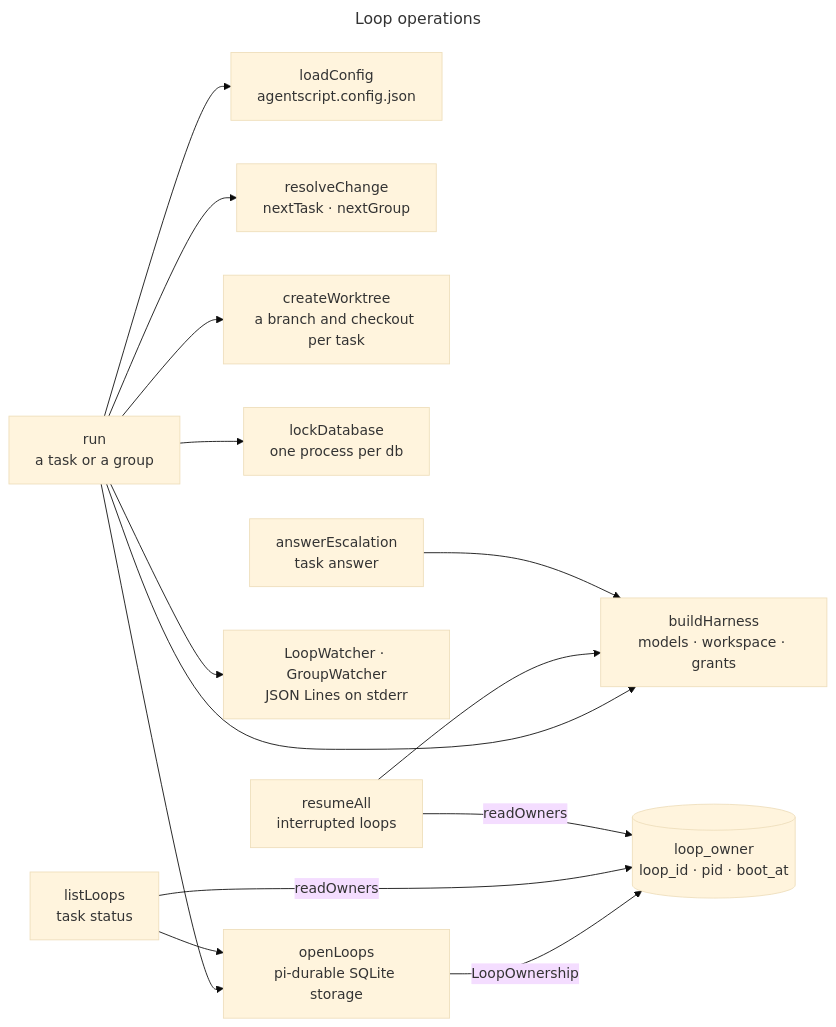
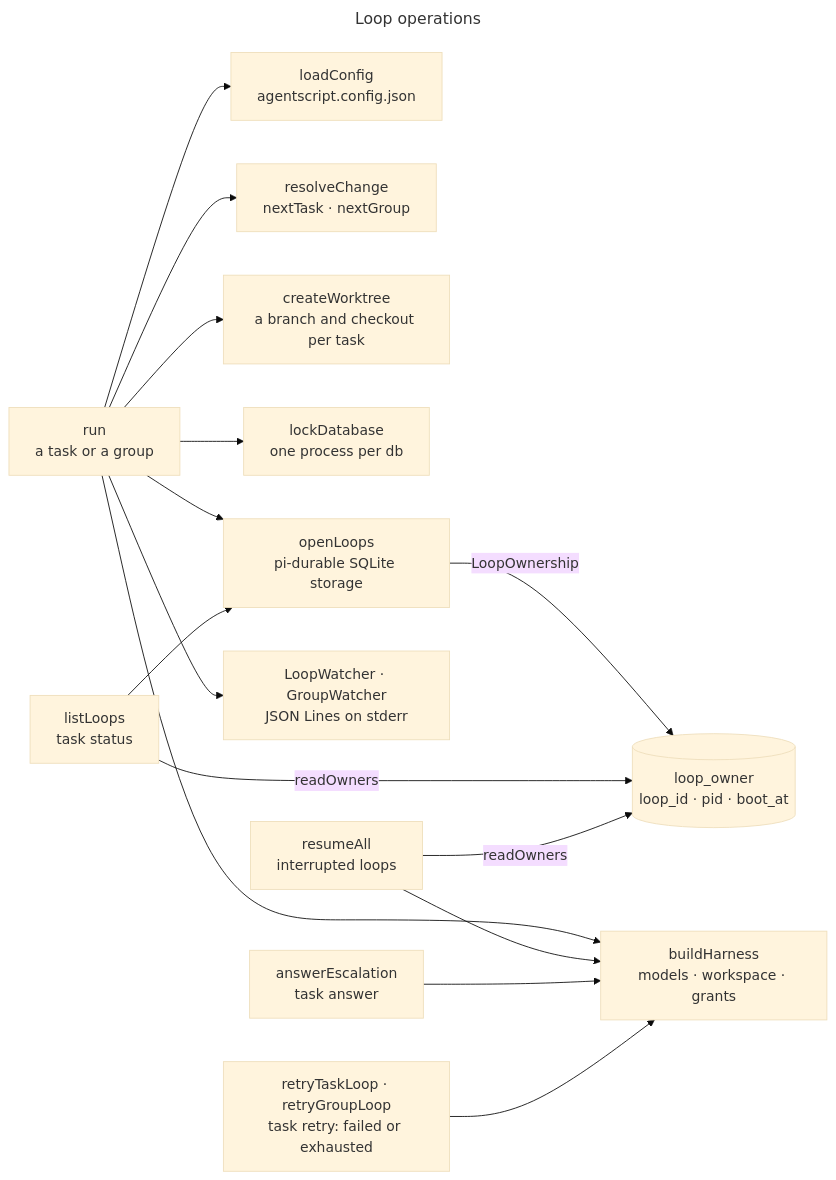
Before and after one commit to jtaylorcpp/specsesh-agent: the diagram in blueprint/loop-ops.mmd, drawn with Mermaid (base theme). The commit also changed 21 other files, not shown here.

```diff
--- a/blueprint/loop-ops.mmd
+++ b/blueprint/loop-ops.mmd
@@ -1,45 +1,49 @@
 ---
 title: Loop operations
 ---
 flowchart LR
   run[run<br/>a task or a group]
   config[loadConfig<br/>agentscript.config.json]
   resolve[resolveChange<br/>nextTask · nextGroup]
   worktree[createWorktree<br/>a branch and checkout per task]
   lock[lockDatabase<br/>one process per db]
   loops[openLoops<br/>pi-durable SQLite storage]
   owner[(loop_owner<br/>loop_id · pid · boot_at)]
   harness[buildHarness<br/>models · workspace · grants]
   watcher[LoopWatcher · GroupWatcher<br/>JSON Lines on stderr]
   status[listLoops<br/>task status]
   resume[resumeAll<br/>interrupted loops]
   answer[answerEscalation<br/>task answer]
+  retry[retryTaskLoop · retryGroupLoop<br/>task retry: failed or exhausted]
 
   run --> config
   run --> resolve
   run --> worktree
   run --> lock
   run --> loops
   run --> harness
   run --> watcher
   loops -->|LoopOwnership| owner
   status --> loops
   status -->|readOwners| owner
   resume -->|readOwners| owner
   resume --> harness
   answer --> harness
+  retry --> harness
 
-  %% code: run packages/agent/src/bin/agentscript-task.ts:380
+  %% code: run packages/agent/src/bin/agentscript-task.ts:393
   %% code: config packages/agent/src/task/config.ts:267
   %% code: resolve packages/agent/src/task/resolve.ts:37
   %% code: worktree packages/agent/src/task/worktree.ts:92
   %% code: lock packages/agent/src/task/lock.ts:66
-  %% code: loops packages/agent/src/bin/agentscript-task.ts:369
+  %% code: loops packages/agent/src/bin/agentscript-task.ts:382
   %% code: owner packages/agent/src/task/owner.ts:32
-  %% code: harness packages/agent/src/bin/agentscript-task.ts:550
+  %% code: harness packages/agent/src/bin/agentscript-task.ts:563
   %% code: watcher packages/agent/src/task/events.ts:401
   %% code: status packages/agent/src/task/status.ts:140
   %% code: resume packages/agent/src/task/resume-all.ts:169
   %% code: answer packages/agent/src/task/answer.ts:81
+  %% code: retry packages/agent/src/task/retry.ts:53
 
   class config done
+  class retry done
```
